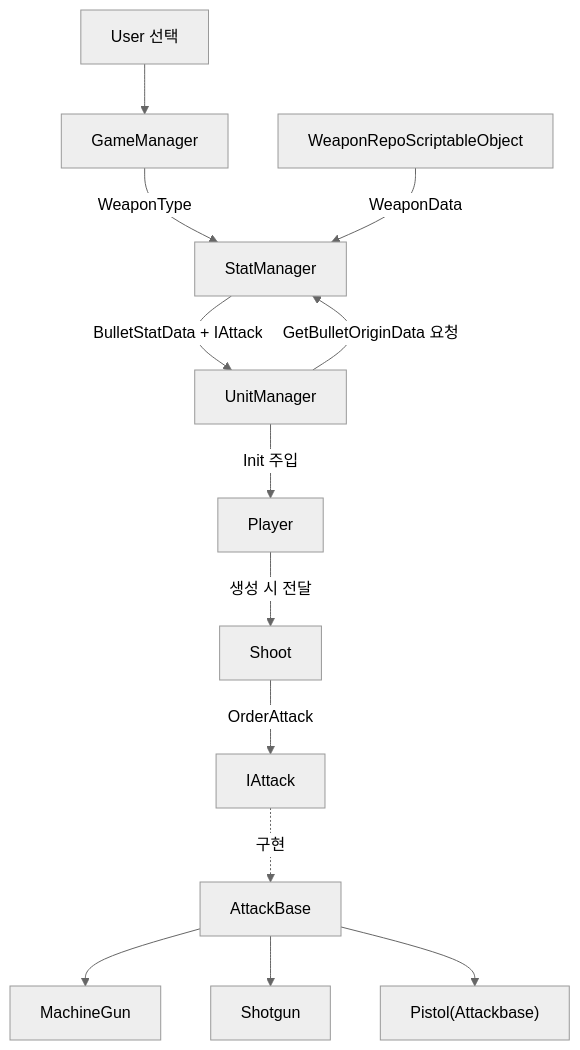
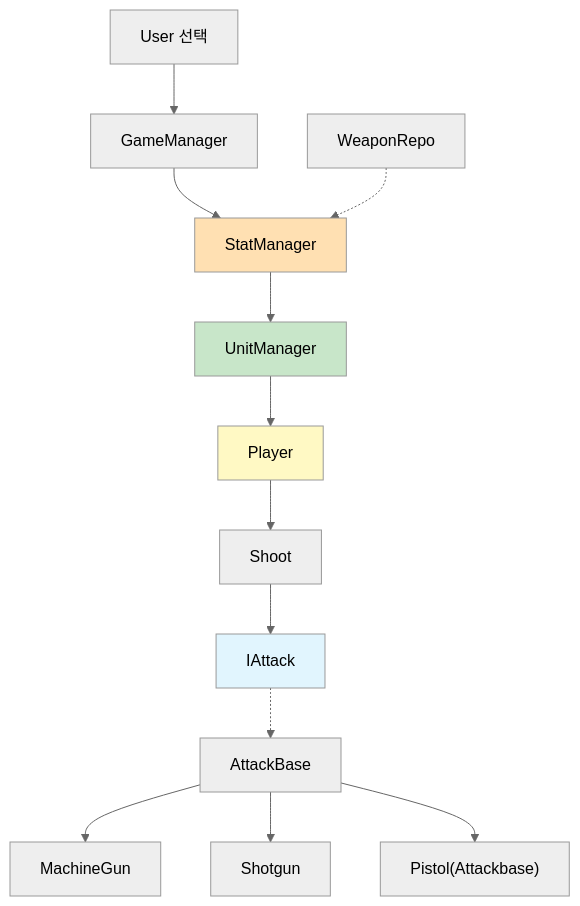
One commit to Merkatte/2D_Topdown_Shoot_UnityProject changed the third of 6 diagrams in README.md. Above: the diagram before and after it, drawn with Mermaid (neutral theme). The commit also changed other lines of this file, not shown here.

````diff
--- a/README.md
+++ b/README.md
@@ -230,21 +233,21 @@
 ```mermaid
 flowchart TD
-    User[User 선택] --> GM[GameManager]
-    GM --> |WeaponType|SM[StatManager]
+    User["User 선택"] --> GM["GameManager"]
+    GM --> SM["StatManager"]
+    SM --> UM["UnitManager"]
+    UM --> Player["Player"]
+    Player --> Shoot["Shoot"]
+    Shoot --> IAttack["IAttack"]
     
-    WR[WeaponRepoScriptableObject] --> |WeaponData|SM
+    WR["WeaponRepo"] -.-> SM
+    IAttack -.-> AB["AttackBase"]
     
-    UM[UnitManager] --> |GetBulletOriginData 요청|SM
-    SM --> |BulletStatData + IAttack|UM
+    AB --> MG["MachineGun"]
+    AB --> SG["Shotgun"]
+    AB --> PS["Pistol(Attackbase)"]
     
-    UM --> |Init 주입|Player
-    Player --> |생성 시 전달|Shoot
-    
-    Shoot --> |OrderAttack|IAttack
-    
-    IAttack -.구현.-> AB[AttackBase]
-    AB --> MG[MachineGun]
-    AB --> SG[Shotgun]
-    AB --> PS["Pistol(Attackbase)"]
-
+    style SM fill:#ffe0b2
+    style UM fill:#c8e6c9
+    style Player fill:#fff9c4
+    style IAttack fill:#e1f5fe
 ```
````
